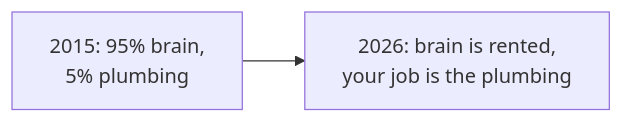
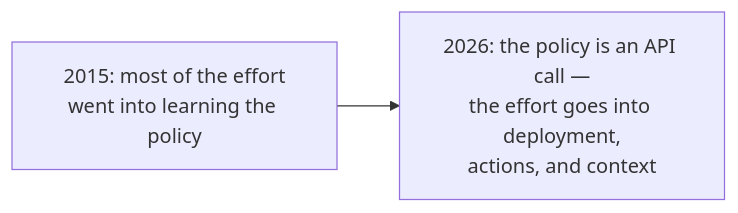
Before and after one commit to PatrickRobothamEnterprises/mlai-jun-2026: the third of 7 diagrams in TALK.md, drawn with Mermaid. The commit also changed other lines of this file and 1 other file, not shown here.

````diff
--- a/TALK.md
+++ b/TALK.md
@@ -159,4 +224,4 @@
 ```mermaid
 flowchart LR
-    A["2015: 95% brain,<br/>5% plumbing"] --> B["2026: brain is rented,<br/>your job is the plumbing"]
+    A["2015: most of the effort<br/>went into learning the policy"] --> B["2026: the policy is an API call —<br/>the effort goes into deployment,<br/>actions, and context"]
 ```
````
